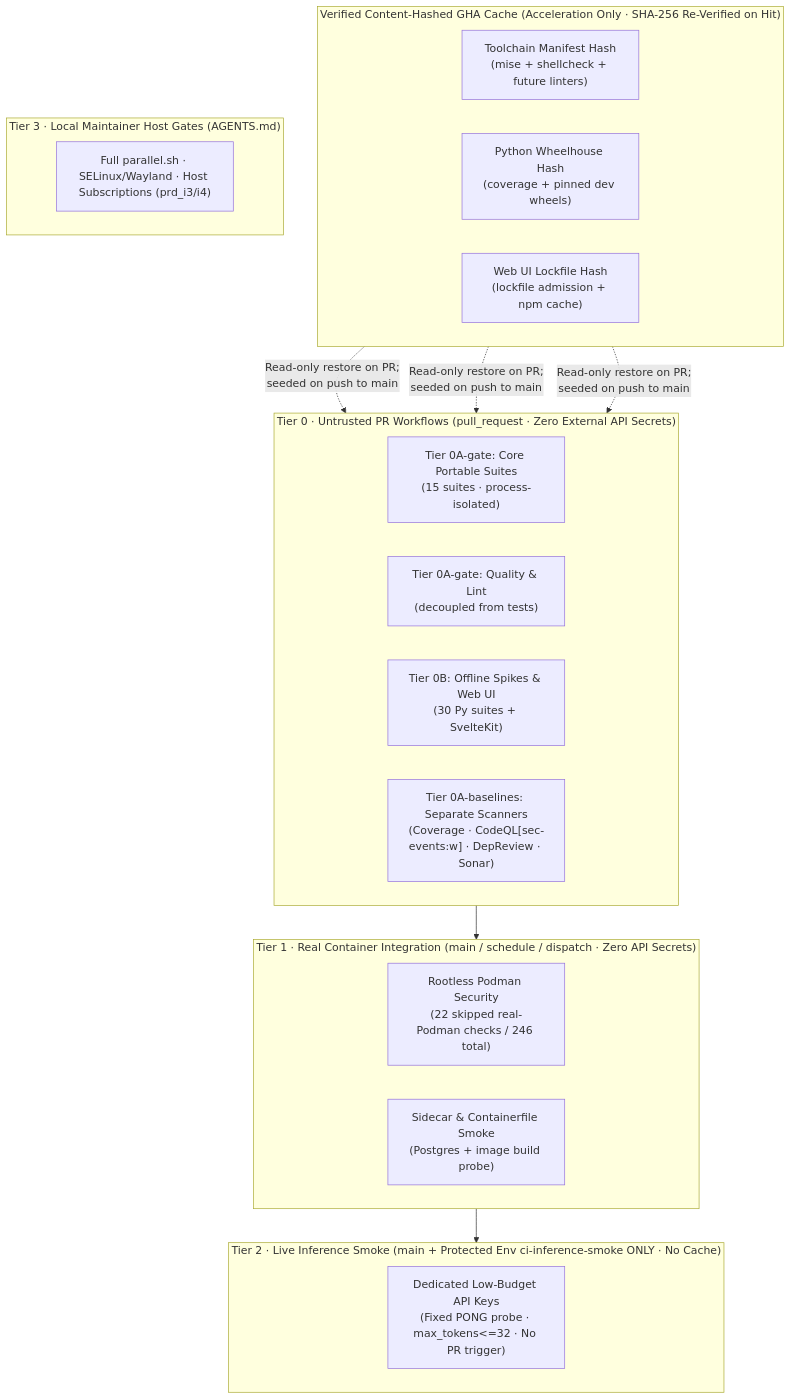
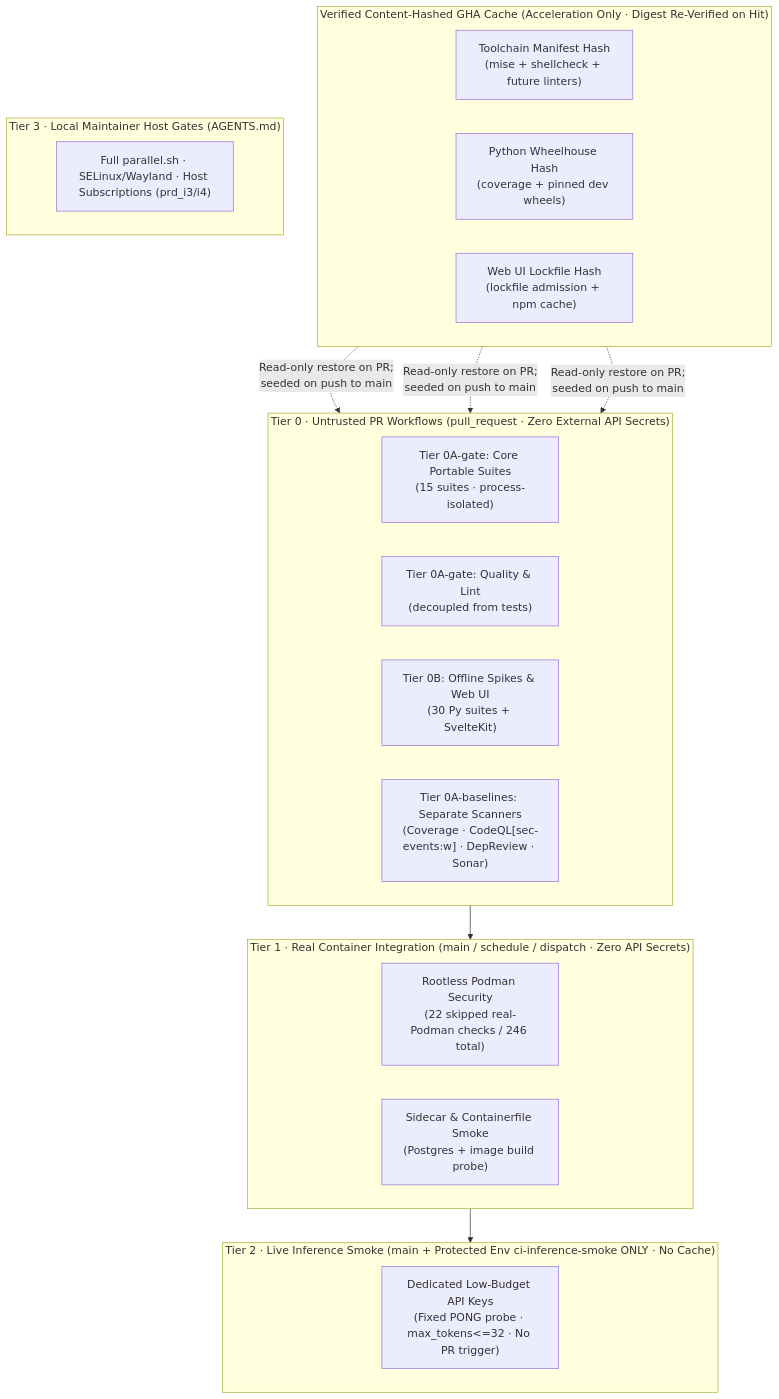
Before and after one commit to gorban/opencode-sandbox: the diagram in docs/prds/prd_o.md, drawn with Mermaid. The commit also changed other lines of this file and 2 other files, not shown here.

First line of the commit message:
docs(prd-o): align cross-document permissions, digest schemes, cache quota scoping, and failure denominators

````diff
--- a/docs/prds/prd_o.md
+++ b/docs/prds/prd_o.md
@@ -69,35 +71,35 @@
 ```mermaid
 flowchart TB
     subgraph T0["Tier 0 · Untrusted PR Workflows (pull_request · Zero External API Secrets)"]
         direction LR
         T0A["Tier 0A-gate: Core Portable Suites\n(15 suites · process-isolated)"]
         T0Q["Tier 0A-gate: Quality & Lint\n(decoupled from tests)"]
         T0B["Tier 0B: Offline Spikes & Web UI\n(30 Py suites + SvelteKit)"]
         T0S["Tier 0A-baselines: Separate Scanners\n(Coverage · CodeQL[sec-events:w] · DepReview · Sonar)"]
     end
 
-    subgraph CACHE["Verified Content-Hashed GHA Cache (Acceleration Only · SHA-256 Re-Verified on Hit)"]
+    subgraph CACHE["Verified Content-Hashed GHA Cache (Acceleration Only · Digest Re-Verified on Hit)"]
         C1["Toolchain Manifest Hash\n(mise + shellcheck + future linters)"]
         C2["Python Wheelhouse Hash\n(coverage + pinned dev wheels)"]
         C3["Web UI Lockfile Hash\n(lockfile admission + npm cache)"]
     end
 
     subgraph T1["Tier 1 · Real Container Integration (main / schedule / dispatch · Zero API Secrets)"]
         T1P["Rootless Podman Security\n(22 skipped real-Podman checks / 246 total)"]
         T1G["Sidecar & Containerfile Smoke\n(Postgres + image build probe)"]
     end
 
     subgraph T2["Tier 2 · Live Inference Smoke (main + Protected Env ci-inference-smoke ONLY · No Cache)"]
         T2I["Dedicated Low-Budget API Keys\n(Fixed PONG probe · max_tokens<=32 · No PR trigger)"]
     end
 
     subgraph T3["Tier 3 · Local Maintainer Host Gates (AGENTS.md)"]
         T3H["Full parallel.sh · SELinux/Wayland · Host Subscriptions (prd_i3/i4)"]
     end
 
     CACHE -. "Read-only restore on PR;\nseeded on push to main" .-> T0Q
     CACHE -. "Read-only restore on PR;\nseeded on push to main" .-> T0B
     CACHE -. "Read-only restore on PR;\nseeded on push to main" .-> T0S
     T0 --> T1
     T1 --> T2
 ```
````
